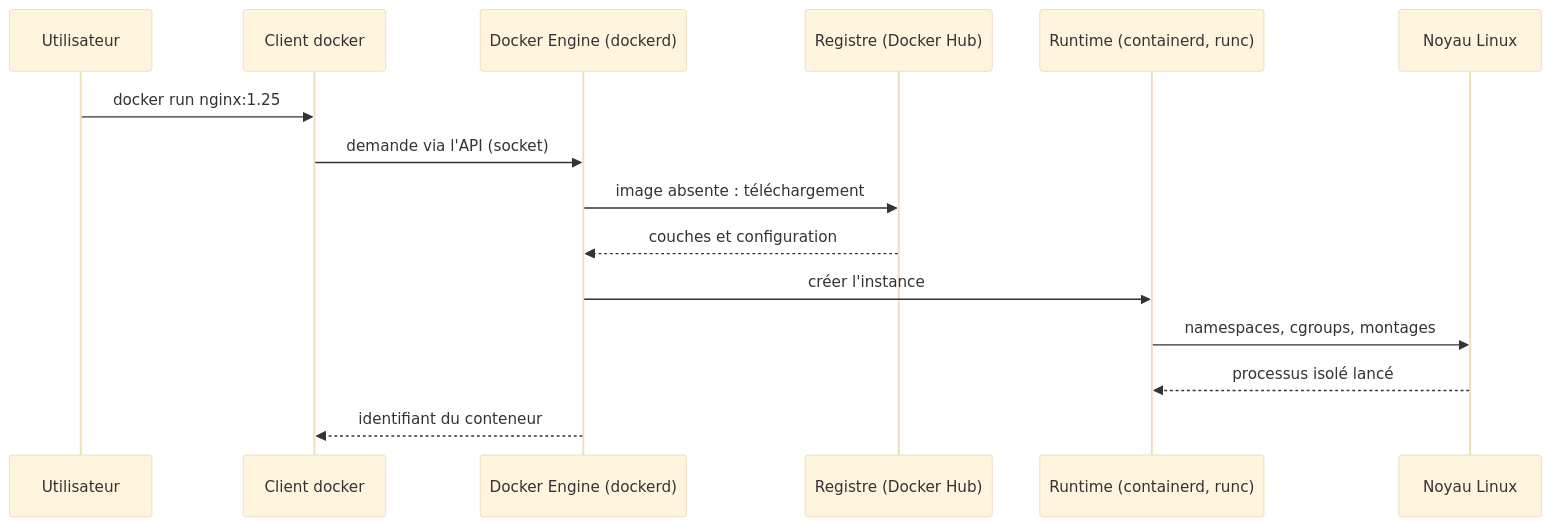
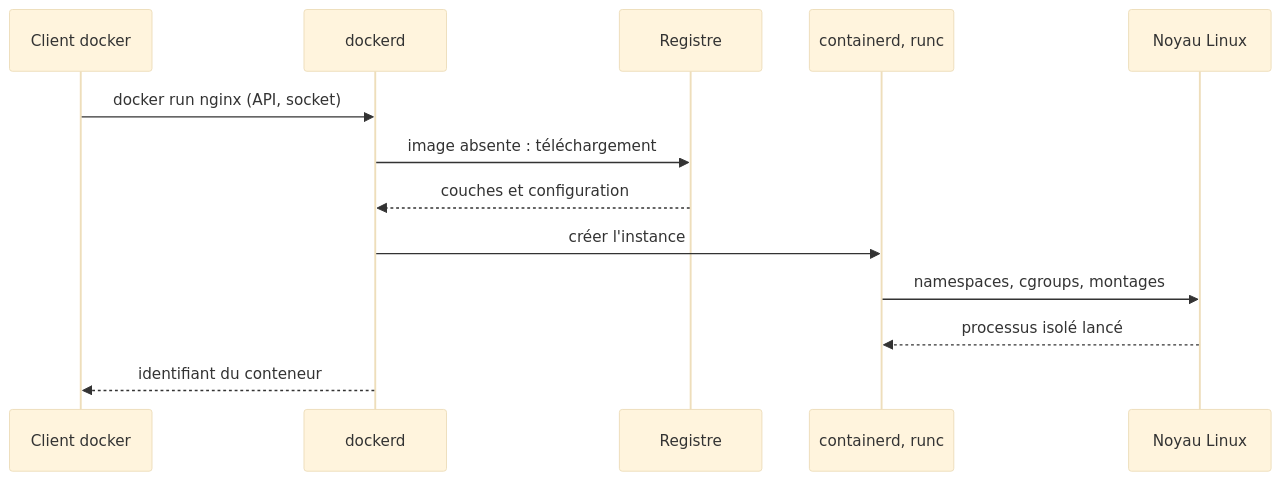
One commit to astronas/Ynov---Containerization-Orchestration changed the first of 2 diagrams in docs/Image-et-cycle-de-vie.md. Above: the diagram before and after it, drawn with Mermaid (base theme). The commit also changed other lines of this file and 160 other files, not shown here.

First line of the commit message:
Refonte visuelle : charte des rendus de TP, illustrations et captures réelles

````diff
--- a/docs/Image-et-cycle-de-vie.md
+++ b/docs/Image-et-cycle-de-vie.md
@@ -340,17 +58,15 @@
 ```mermaid
 sequenceDiagram
-    participant U as Utilisateur
     participant C as Client docker
-    participant E as Docker Engine (dockerd)
-    participant R as Registre (Docker Hub)
-    participant T as Runtime (containerd, runc)
+    participant E as dockerd
+    participant R as Registre
+    participant T as containerd, runc
     participant K as Noyau Linux
-    U->>C: docker run nginx:1.25
-    C->>E: demande via l'API (socket)
+    C->>E: docker run nginx (API, socket)
     E->>R: image absente : téléchargement
     R-->>E: couches et configuration
     E->>T: créer l'instance
     T->>K: namespaces, cgroups, montages
     K-->>T: processus isolé lancé
     E-->>C: identifiant du conteneur
 ```
````
